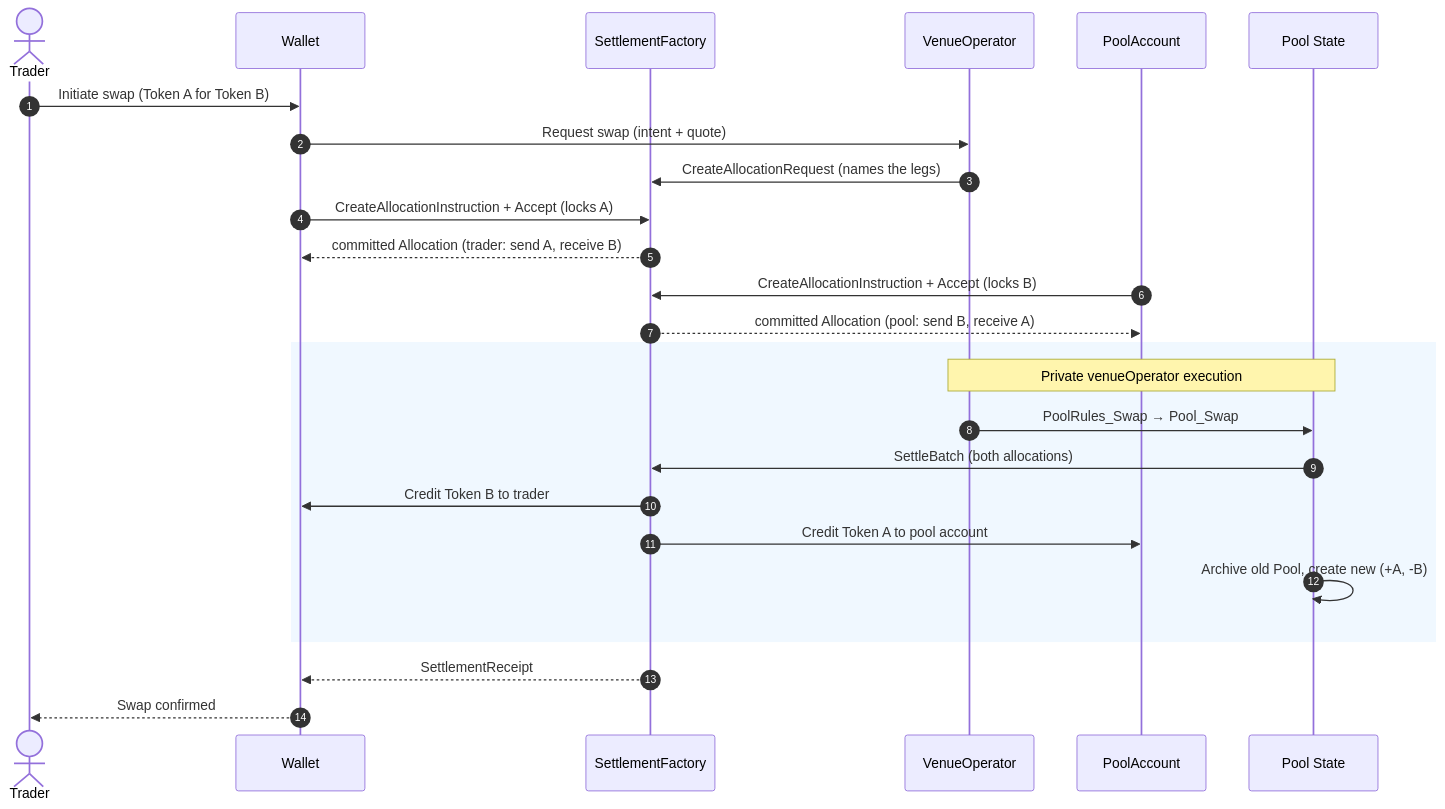
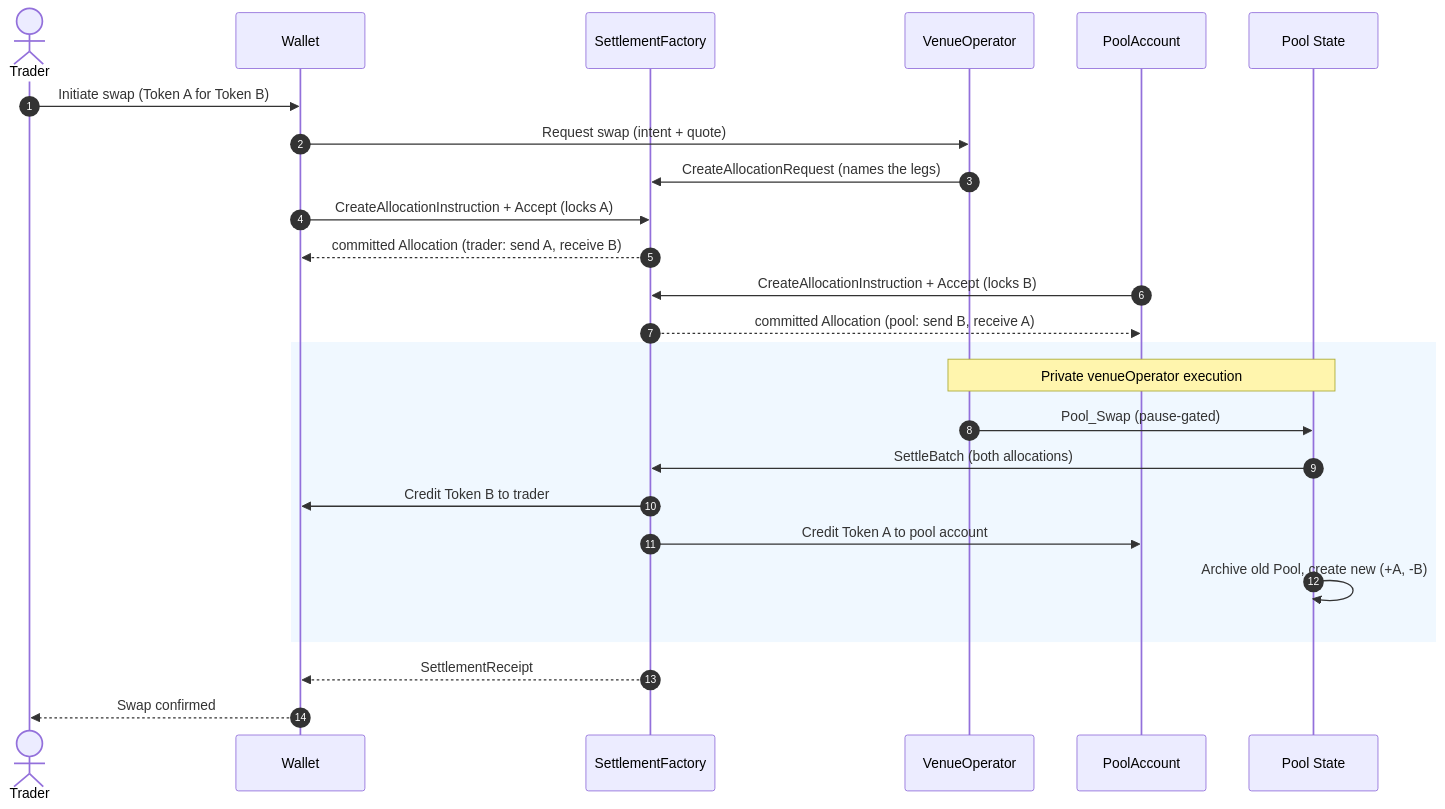
One commit to OpenZeppelin/canton-specs changed the second of 2 diagrams in docs/ri-reports/01-dex.md. Above: the diagram before and after it, drawn with Mermaid. The commit also changed other lines of this file, not shown here.

Commit message:
Remove unnecessary PoolRules. Remove unnecessary or confusing design questions.

````diff
--- a/docs/ri-reports/01-dex.md
+++ b/docs/ri-reports/01-dex.md
@@ -603,30 +551,30 @@
 ```mermaid
 sequenceDiagram
     autonumber
     actor Trader
     participant Wallet
     participant SettleFactory as SettlementFactory
     participant VenueOperator
     participant PoolAccount
     participant PoolContract as Pool State
 
     Trader->>Wallet: Initiate swap (Token A for Token B)
     Wallet->>VenueOperator: Request swap (intent + quote)
     VenueOperator->>SettleFactory: CreateAllocationRequest (names the legs)
     Wallet->>SettleFactory: CreateAllocationInstruction + Accept (locks A)
     SettleFactory-->>Wallet: committed Allocation (trader: send A, receive B)
     PoolAccount->>SettleFactory: CreateAllocationInstruction + Accept (locks B)
     SettleFactory-->>PoolAccount: committed Allocation (pool: send B, receive A)
 
     rect rgb(240, 248, 255)
     Note over VenueOperator, PoolContract: Private venueOperator execution
-    VenueOperator->>PoolContract: PoolRules_Swap → Pool_Swap
+    VenueOperator->>PoolContract: Pool_Swap (pause-gated)
     PoolContract->>SettleFactory: SettleBatch (both allocations)
     SettleFactory->>Wallet: Credit Token B to trader
     SettleFactory->>PoolAccount: Credit Token A to pool account
     PoolContract->>PoolContract: Archive old Pool, create new (+A, -B)
     end
 
     SettleFactory-->>Wallet: SettlementReceipt
     Wallet-->>Trader: Swap confirmed
 ```
````
